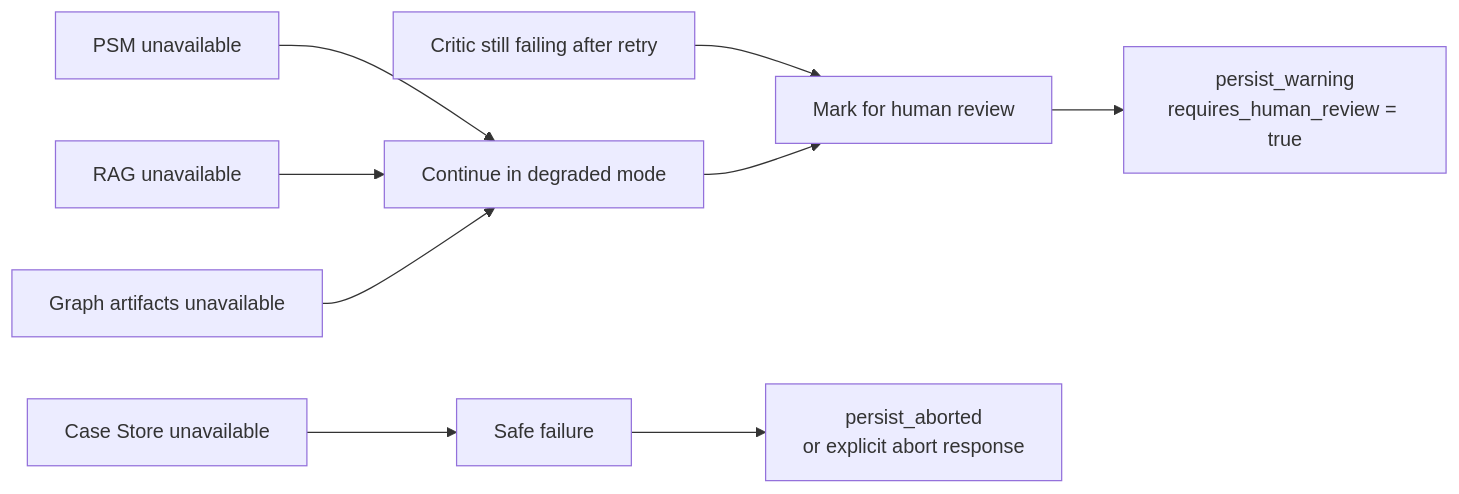
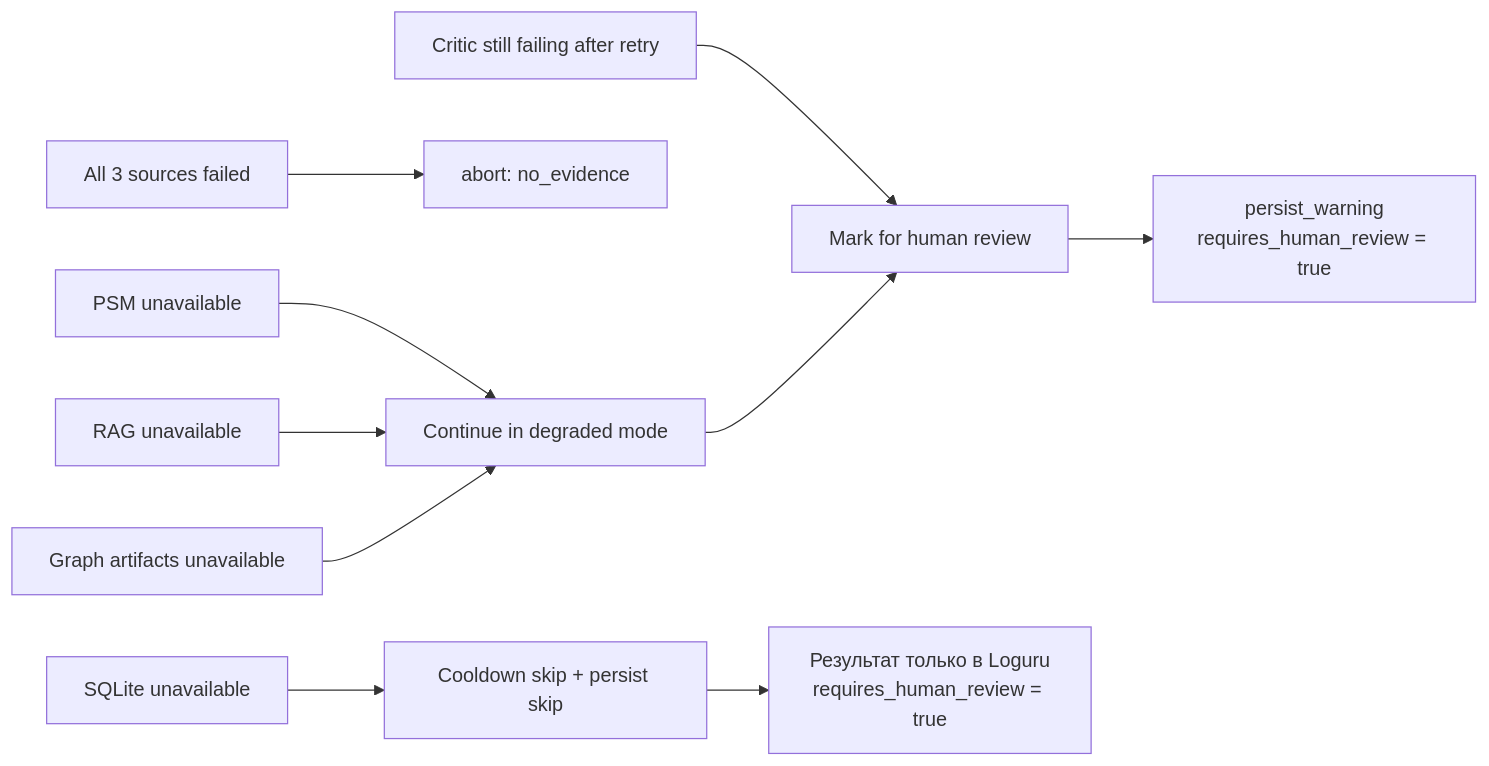
One commit to alllyuk/uplift-agent changed the second of 2 diagrams in docs/diagrams/workflow.md. Above: the diagram before and after it, drawn with Mermaid. The commit also changed other lines of this file and 3 other files, not shown here.

Commit message:
Add abort on zero evidence and define PSM n_pairs<50 as ok=False

````diff
--- a/docs/diagrams/workflow.md
+++ b/docs/diagrams/workflow.md
@@ -45,12 +46,13 @@
 ```mermaid
 flowchart LR
     PSM_FAIL[PSM unavailable] --> DEGRADED[Continue in degraded mode]
     RAG_FAIL[RAG unavailable] --> DEGRADED
     GRAPH_FAIL[Graph artifacts unavailable] --> DEGRADED
+    ALL_FAIL[All 3 sources failed] --> ABORT[abort: no_evidence]
     CRITIC_FAIL[Critic still failing after retry] --> REVIEW[Mark for human review]
-    STORE_FAIL[Case Store unavailable] --> SAFE_FAIL[Safe failure]
+    SQLITE_FAIL[SQLite unavailable] --> SKIP[Cooldown skip + persist skip]
 
     DEGRADED --> REVIEW
     REVIEW --> PERSIST[persist_warning<br/>requires_human_review = true]
-    SAFE_FAIL --> ABORT[persist_aborted<br/>or explicit abort response]
+    SKIP --> LOG[Результат только в Loguru<br/>requires_human_review = true]
 ```
````
